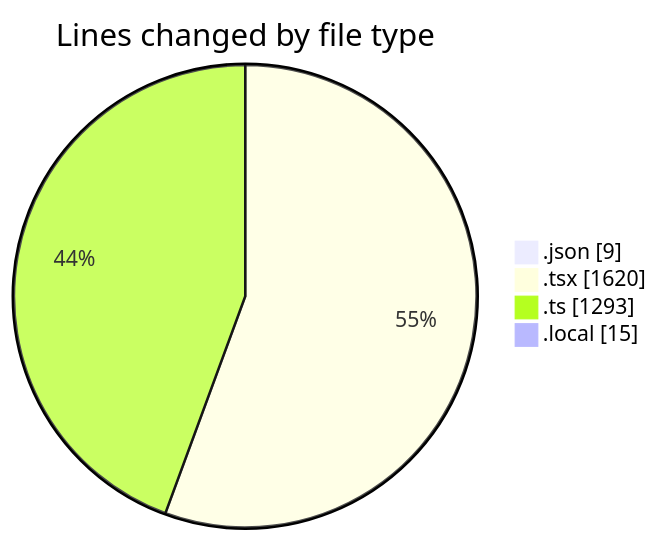
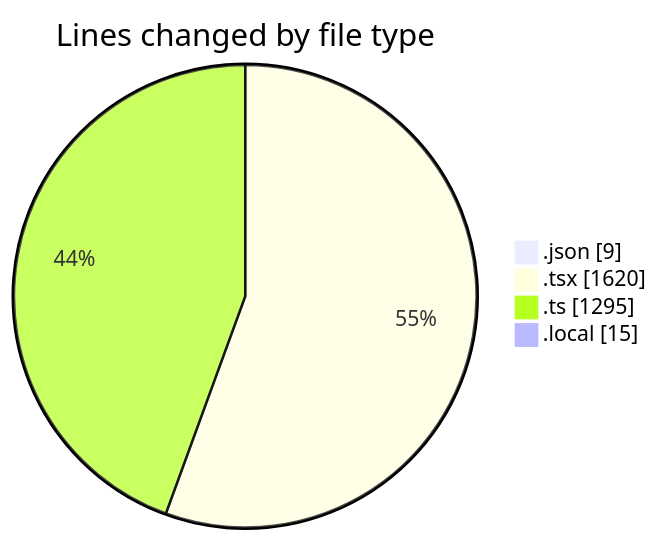
Before and after one commit to julien-gomy/code-tracking: the first of 2 diagrams in 2025-10-27/eventscop-frontend-guide__workspace_/README.md, drawn with Mermaid. The commit also changed other lines of this file and 1 other file, not shown here.

````diff
--- a/2025-10-27/eventscop-frontend-guide__workspace_/README.md
+++ b/2025-10-27/eventscop-frontend-guide__workspace_/README.md
@@ -35,8 +35,8 @@
 ```mermaid
 pie showData
 title Lines changed by file type
 ".json" : 9
 ".tsx" : 1620
-".ts" : 1293
+".ts" : 1295
 ".local" : 15
 ```
````
